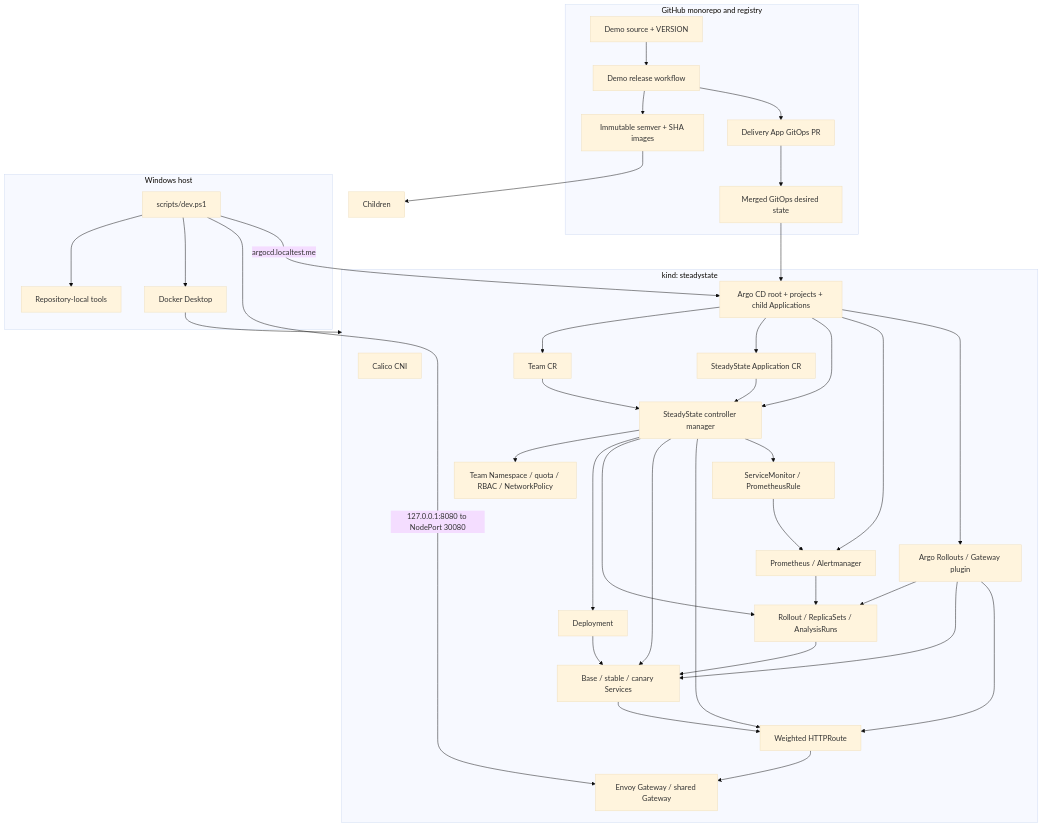
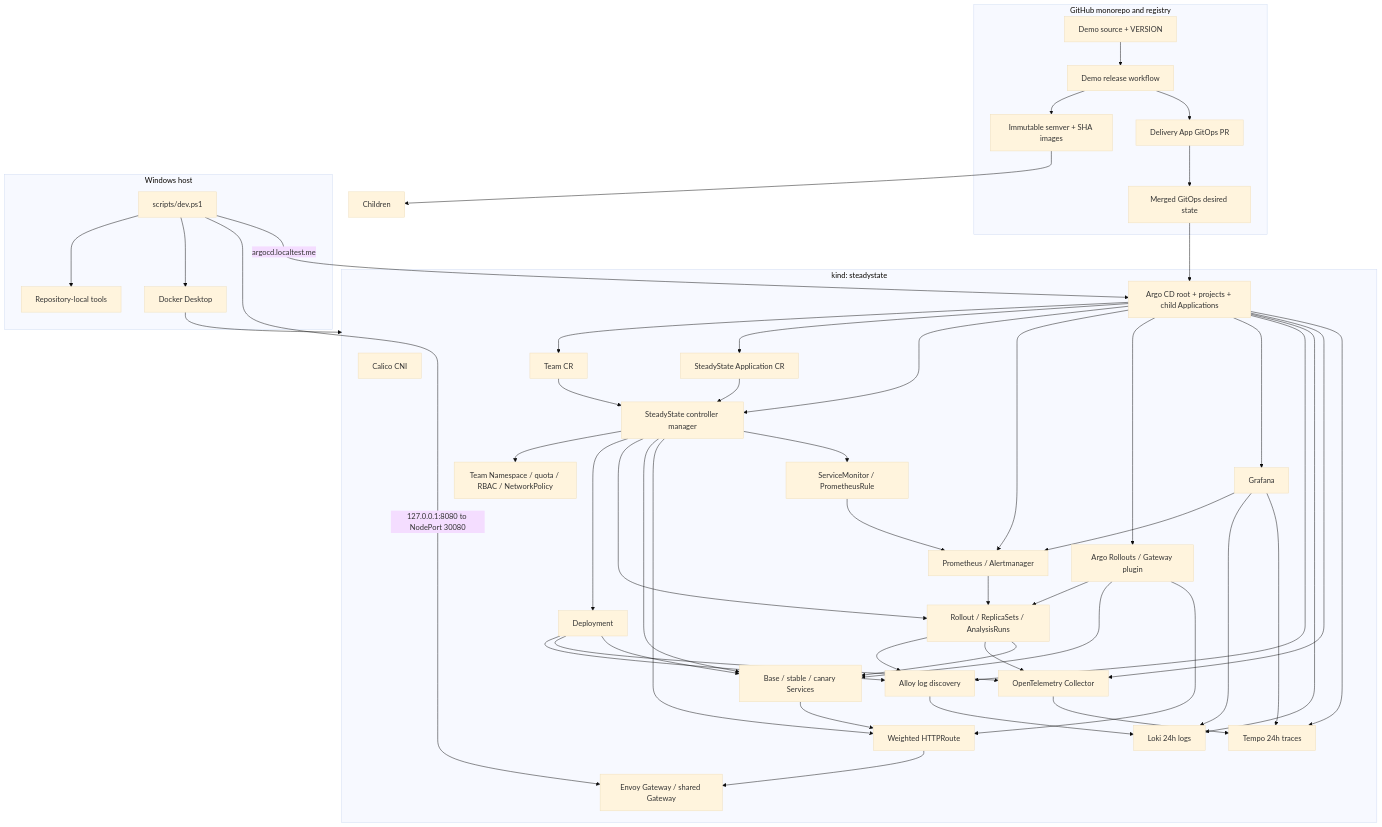
The diagram in docs/architecture.md (saadabdullaah/steadystate), drawn with Mermaid (base theme) before and after one commit. The commit also changed other lines of this file and 53 other files, not shown here.

````diff
--- a/docs/architecture.md
+++ b/docs/architecture.md
@@ -3,59 +3,76 @@
 ```mermaid
 flowchart TB
     subgraph Repository["GitHub monorepo and registry"]
         Source["Demo source + VERSION"]
         Release["Demo release workflow"]
         GHCR["Immutable semver + SHA images"]
         BotPR["Delivery App GitOps PR"]
         Desired["Merged GitOps desired state"]
         Source --> Release --> GHCR
         Release --> BotPR --> Desired
     end
     subgraph Host["Windows host"]
         Dev["scripts/dev.ps1"]
         Tools["Repository-local tools"]
         Docker["Docker Desktop"]
         Dev --> Tools
         Dev --> Docker
     end
     subgraph Cluster["kind: steadystate"]
         Calico["Calico CNI"]
         Argo["Argo CD root + projects + child Applications"]
         TeamCR["Team CR"]
         Boundary["Team Namespace / quota / RBAC / NetworkPolicy"]
         AppCR["SteadyState Application CR"]
         Manager["SteadyState controller manager"]
         Rolling["Deployment"]
         Canary["Rollout / ReplicaSets / AnalysisRuns"]
         Services["Base / stable / canary Services"]
         Route["Weighted HTTPRoute"]
         Monitors["ServiceMonitor / PrometheusRule"]
         Prometheus["Prometheus / Alertmanager"]
+        Grafana["Grafana"]
+        Alloy["Alloy log discovery"]
+        Loki["Loki 24h logs"]
+        OTel["OpenTelemetry Collector"]
+        Tempo["Tempo 24h traces"]
         Rollouts["Argo Rollouts / Gateway plugin"]
         EG["Envoy Gateway / shared Gateway"]
         Argo --> TeamCR
         Argo --> AppCR
         Argo --> Manager
         Argo --> Prometheus
         Argo --> Rollouts
+        Argo --> Grafana
+        Argo --> Alloy
+        Argo --> Loki
+        Argo --> OTel
+        Argo --> Tempo
         TeamCR --> Manager --> Boundary
         AppCR --> Manager
         Manager --> Rolling
         Manager --> Canary
         Manager --> Services
         Manager --> Route
         Manager --> Monitors
         Rollouts --> Canary
         Rollouts --> Services
         Rollouts --> Route
         Prometheus --> Canary
         Monitors --> Prometheus
+        Grafana --> Prometheus
+        Grafana --> Loki
+        Grafana --> Tempo
+        Rolling --> Alloy --> Loki
+        Canary --> Alloy
+        Rolling --> OTel --> Tempo
+        Canary --> OTel
         Rolling --> Services --> Route --> EG
         Canary --> Services
     end
     Docker --> Cluster
     Desired --> Argo
     GHCR --> Children
     Dev -->|"127.0.0.1:8080 to NodePort 30080"| EG
     Dev -->|"argocd.localtest.me"| Argo
 ```
````
